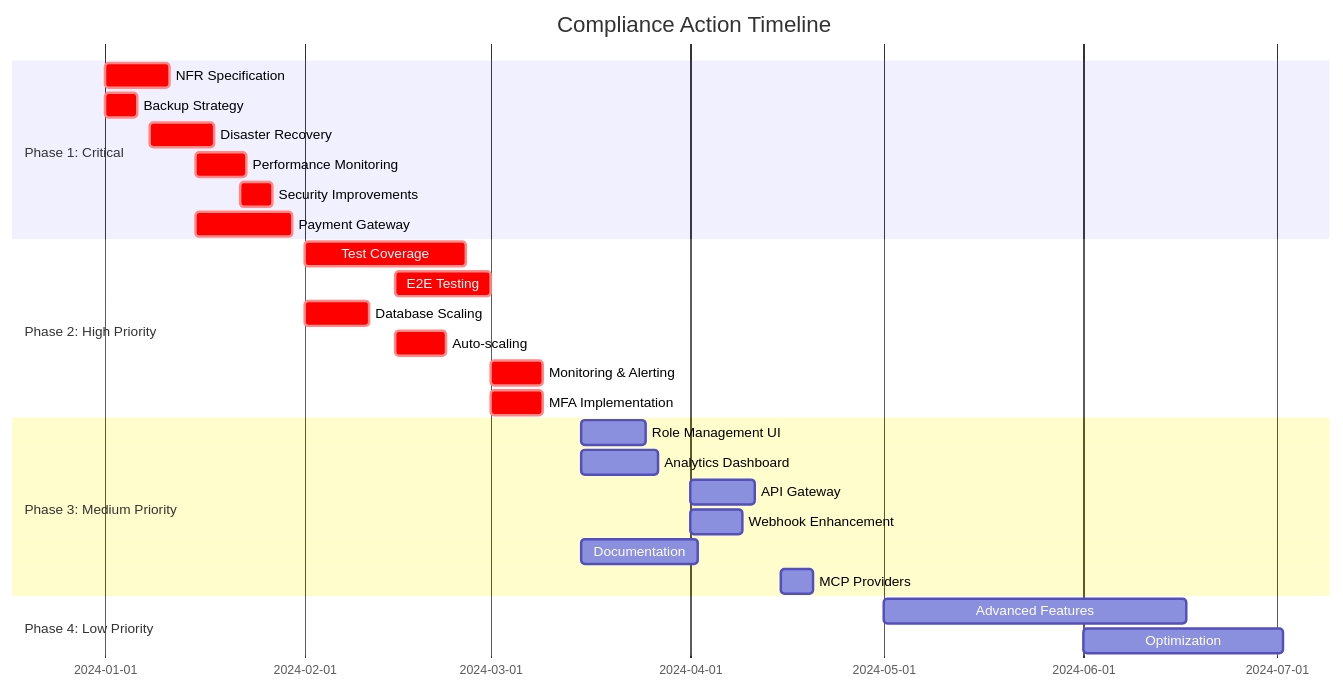
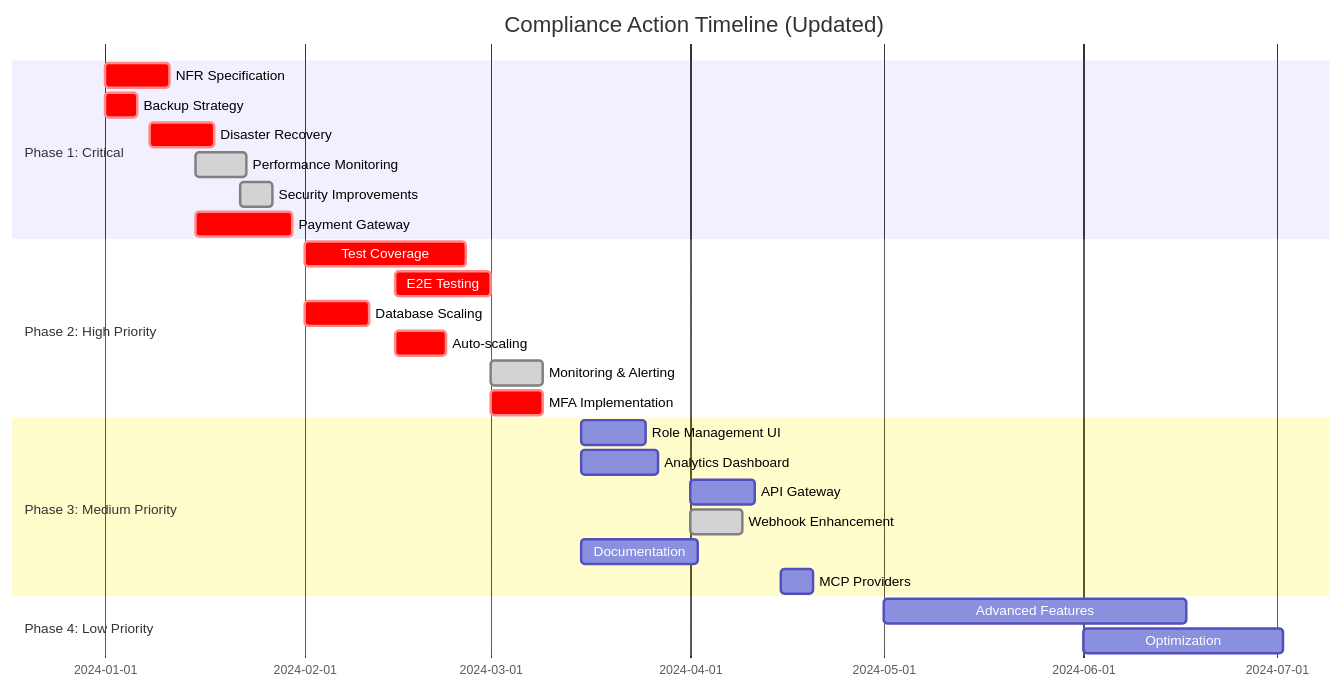
One commit to naibarn/Smart-AI-Hub changed the diagram in COMPLIANCE_ACTION_PLAN.md. Above: the diagram before and after it, drawn with Mermaid. The commit also changed other lines of this file and 61 other files, not shown here.

Commit message:
feat: publish compliance docs and monitoring overhaul

````diff
--- a/COMPLIANCE_ACTION_PLAN.md
+++ b/COMPLIANCE_ACTION_PLAN.md
@@ -257,32 +262,32 @@
 ```mermaid
 gantt
-    title Compliance Action Timeline
+    title Compliance Action Timeline (Updated)
     dateFormat  YYYY-MM-DD
     section Phase 1: Critical
     NFR Specification        :crit, 2024-01-01, 10d
     Backup Strategy          :crit, 2024-01-01, 5d
     Disaster Recovery        :crit, 2024-01-08, 10d
-    Performance Monitoring   :crit, 2024-01-15, 8d
-    Security Improvements    :crit, 2024-01-22, 5d
+    Performance Monitoring   :done, 2024-01-15, 8d
+    Security Improvements    :done, 2024-01-22, 5d
     Payment Gateway          :crit, 2024-01-15, 15d
     
     section Phase 2: High Priority
     Test Coverage            :crit, 2024-02-01, 25d
     E2E Testing             :crit, 2024-02-15, 15d
     Database Scaling         :crit, 2024-02-01, 10d
     Auto-scaling            :crit, 2024-02-15, 8d
-    Monitoring & Alerting   :crit, 2024-03-01, 8d
+    Monitoring & Alerting   :done, 2024-03-01, 8d
     MFA Implementation       :crit, 2024-03-01, 8d
     
     section Phase 3: Medium Priority
     Role Management UI       :2024-03-15, 10d
     Analytics Dashboard      :2024-03-15, 12d
     API Gateway             :2024-04-01, 10d
-    Webhook Enhancement     :2024-04-01, 8d
+    Webhook Enhancement     :done, 2024-04-01, 8d
     Documentation           :2024-03-15, 18d
     MCP Providers           :2024-04-15, 5d
     
     section Phase 4: Low Priority
     Advanced Features       :2024-05-01, 47d
     Optimization           :2024-06-01, 31d
 ```
````
